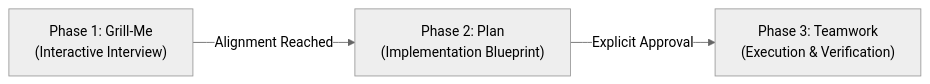
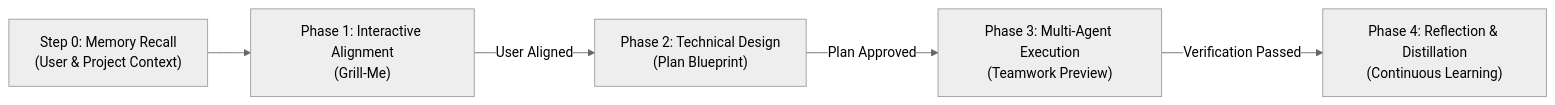
One commit to tysongoulding/grill-plan-team changed the diagram in .claude/skills/grill-plan-team/SKILL.md. Above: the diagram before and after it, drawn with Mermaid (neutral theme). The commit also changed other lines of this file and 23 other files, not shown here.

````diff
--- a/.claude/skills/grill-plan-team/SKILL.md
+++ b/.claude/skills/grill-plan-team/SKILL.md
@@ -13,5 +16,7 @@
 ```mermaid
 flowchart LR
-    A["Phase 1: Grill-Me<br/>(Interactive Interview)"] -->|"Alignment Reached"| B["Phase 2: Plan<br/>(Implementation Blueprint)"]
-    B -->|"Explicit Approval"| C["Phase 3: Teamwork<br/>(Execution & Verification)"]
+    M["Step 0: Memory Recall<br/>(User & Project Context)"] --> A["Phase 1: Interactive Alignment<br/>(Grill-Me)"]
+    A -->|"User Aligned"| B["Phase 2: Technical Design<br/>(Plan Blueprint)"]
+    B -->|"Plan Approved"| C["Phase 3: Multi-Agent Execution<br/>(Teamwork Preview)"]
+    C -->|"Verification Passed"| D["Phase 4: Reflection & Distillation<br/>(Continuous Learning)"]
 ```
````
